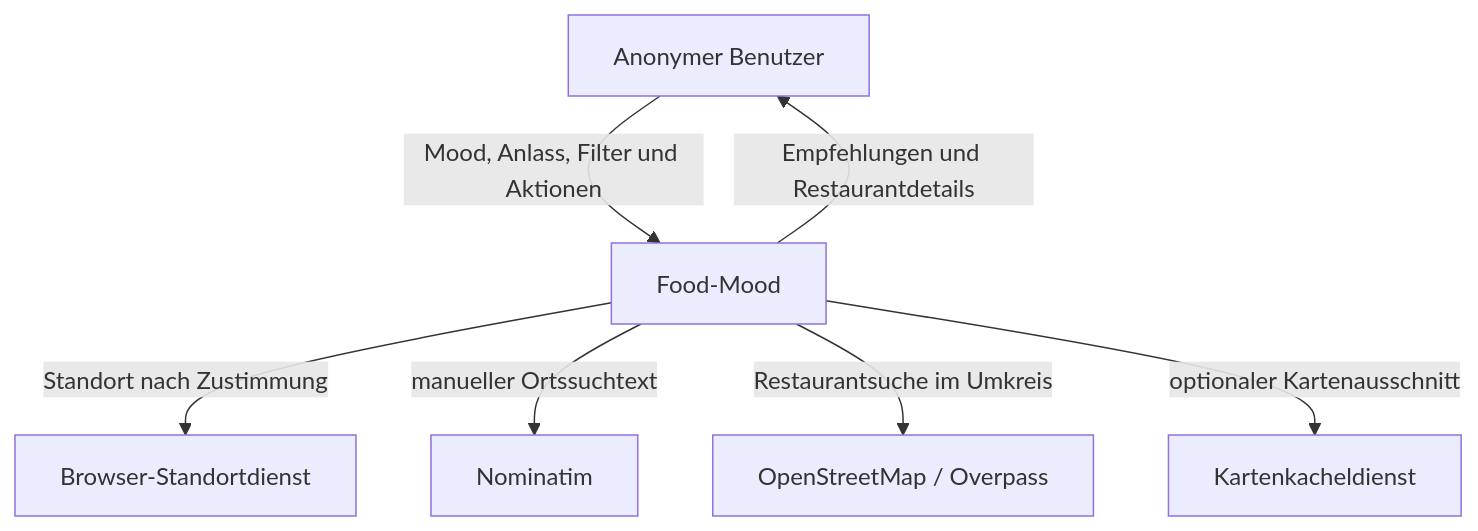
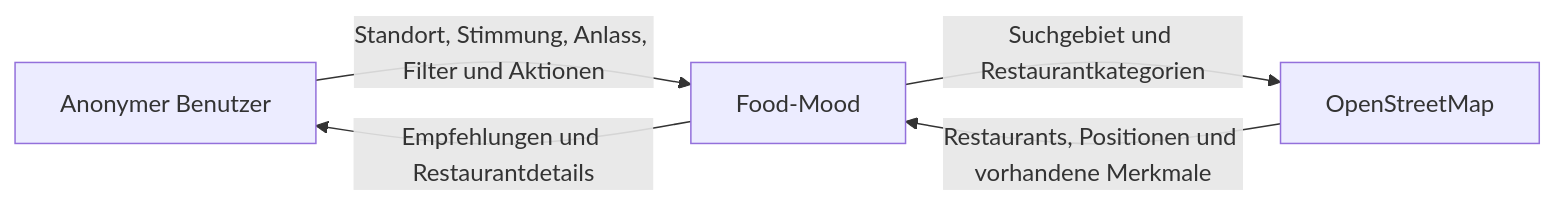
Before and after one commit to ahil-trq/thm_wk-1106_food-mood: the diagram in docs/specs/P2-architekturueberblick.md, drawn with Mermaid. The commit also changed other lines of this file, not shown here.

````diff
--- a/docs/specs/P2-architekturueberblick.md
+++ b/docs/specs/P2-architekturueberblick.md
@@ -11,16 +11,11 @@
 ```mermaid
-flowchart TB
+flowchart LR
     user["Anonymer Benutzer"]
     system["Food-Mood"]
-    geo["Browser-Standortdienst"]
-    nominatim["Nominatim"]
-    overpass["OpenStreetMap / Overpass"]
-    tiles["Kartenkacheldienst"]
+    osm["OpenStreetMap"]
 
-    user -->|Mood, Anlass, Filter und Aktionen| system
+    user -->|Standort, Stimmung, Anlass, Filter und Aktionen| system
     system -->|Empfehlungen und Restaurantdetails| user
-    system -->|Standort nach Zustimmung| geo
-    system -->|manueller Ortssuchtext| nominatim
-    system -->|Restaurantsuche im Umkreis| overpass
-    system -->|optionaler Kartenausschnitt| tiles
+    system -->|Suchgebiet und Restaurantkategorien| osm
+    osm -->|Restaurants, Positionen und vorhandene Merkmale| system
 ```
````
